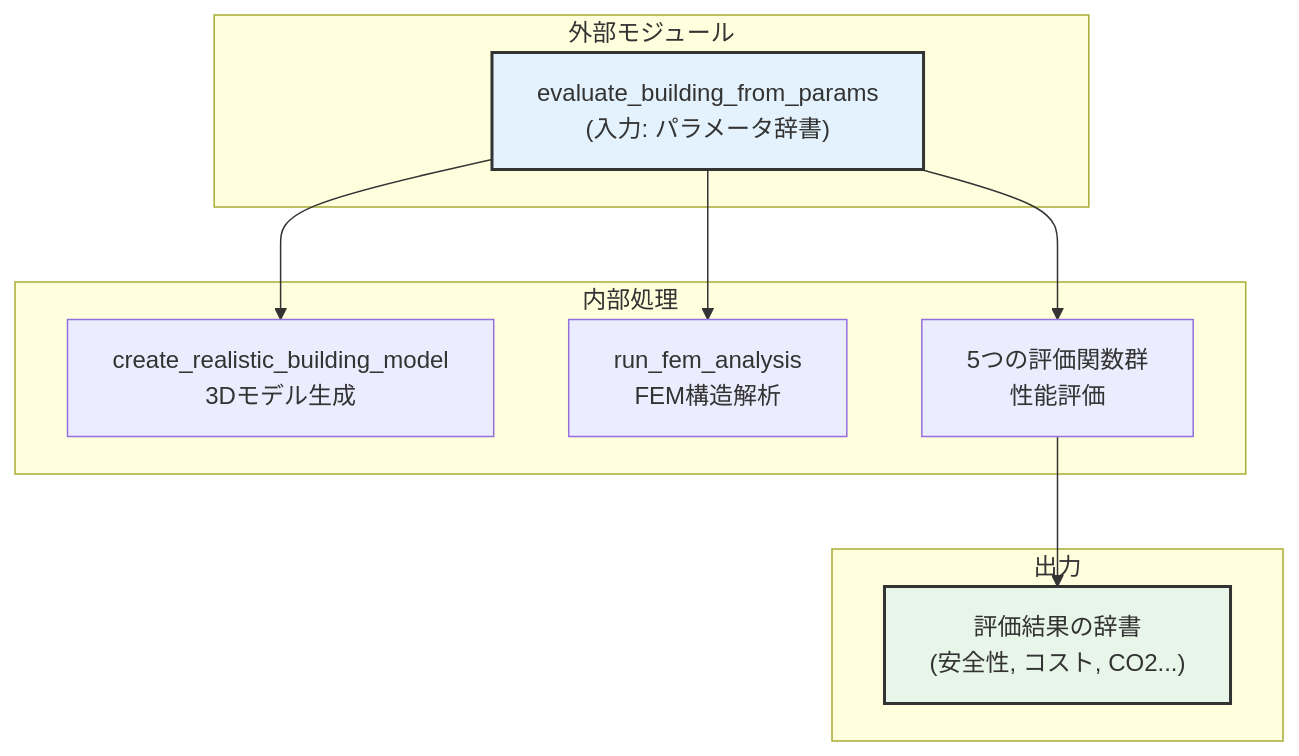
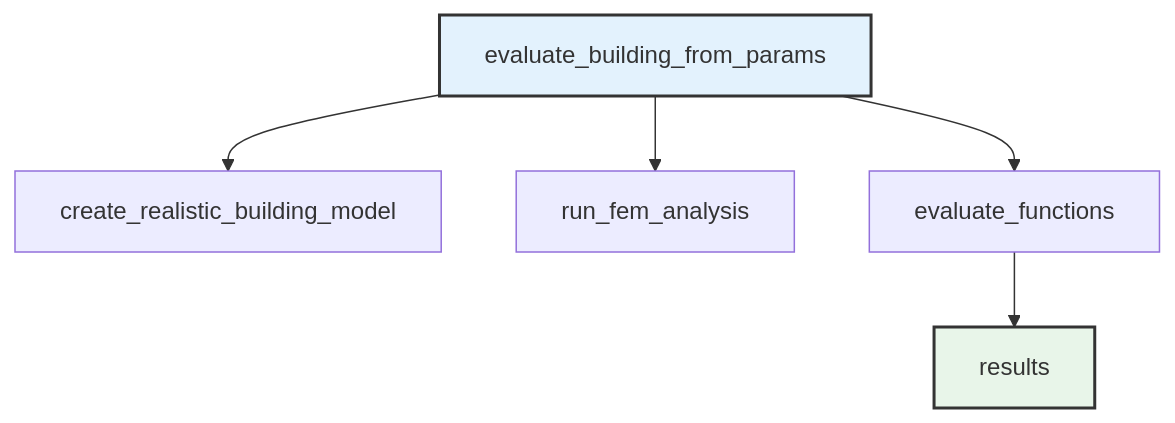
One commit to jkushida/ai-arch changed the first of 2 diagrams in docs/generate_building_fem_analyze_report_revised.md. Above: the diagram before and after it, drawn with Mermaid. The commit also changed other lines of this file and 3 other files, not shown here.

First line of the commit message:
Simplify Mermaid diagrams to avoid GitHub Pages compatibility issues 📉

````diff
--- a/docs/generate_building_fem_analyze_report_revised.md
+++ b/docs/generate_building_fem_analyze_report_revised.md
@@ -13,24 +13,10 @@
 ```mermaid
 graph TD
-    subgraph 外部モジュール
-        A["evaluate_building_from_params<br/>(入力: パラメータ辞書)"]
-    end
-
-    subgraph 内部処理
-        B["create_realistic_building_model<br/>3Dモデル生成"]
-        C["run_fem_analysis<br/>FEM構造解析"]
-        D["5つの評価関数群<br/>性能評価"]
-    end
-
-    subgraph 出力
-        E["評価結果の辞書<br/>(安全性, コスト, CO2...)"]
-    end
-
-    A --> B
-    A --> C
-    A --> D
-    D --> E
-
+    A[evaluate_building_from_params] --> B[create_realistic_building_model]
+    A --> C[run_fem_analysis]
+    A --> D[evaluate_functions]
+    D --> E[results]
+    
     style A fill:#e3f2fd,stroke:#333,stroke-width:2px
     style E fill:#e8f5e9,stroke:#333,stroke-width:2px
 ```
````
